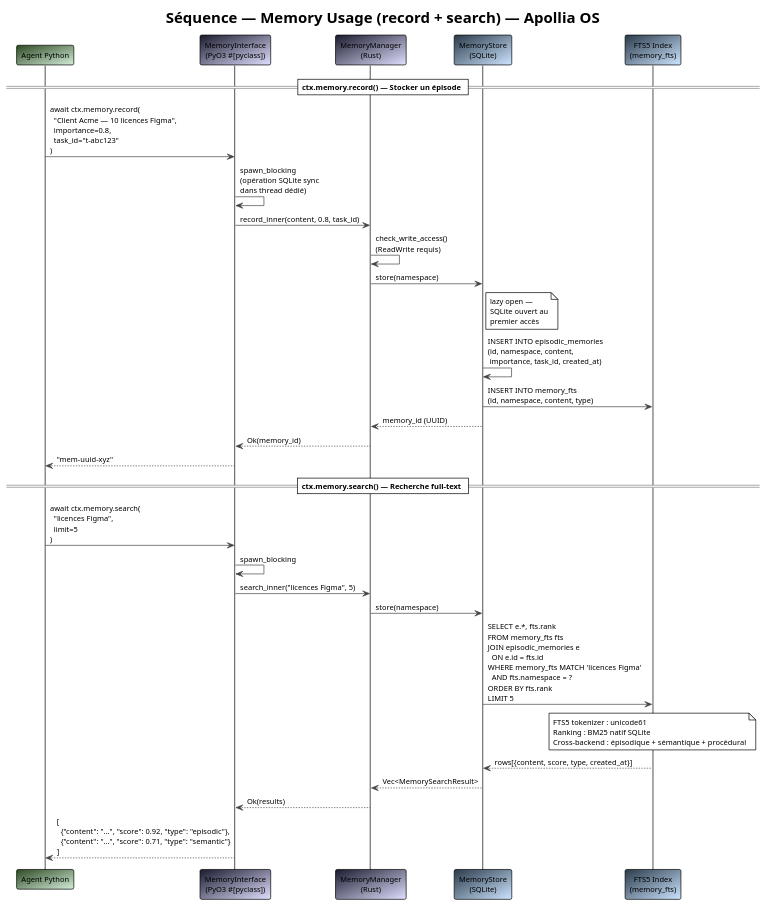
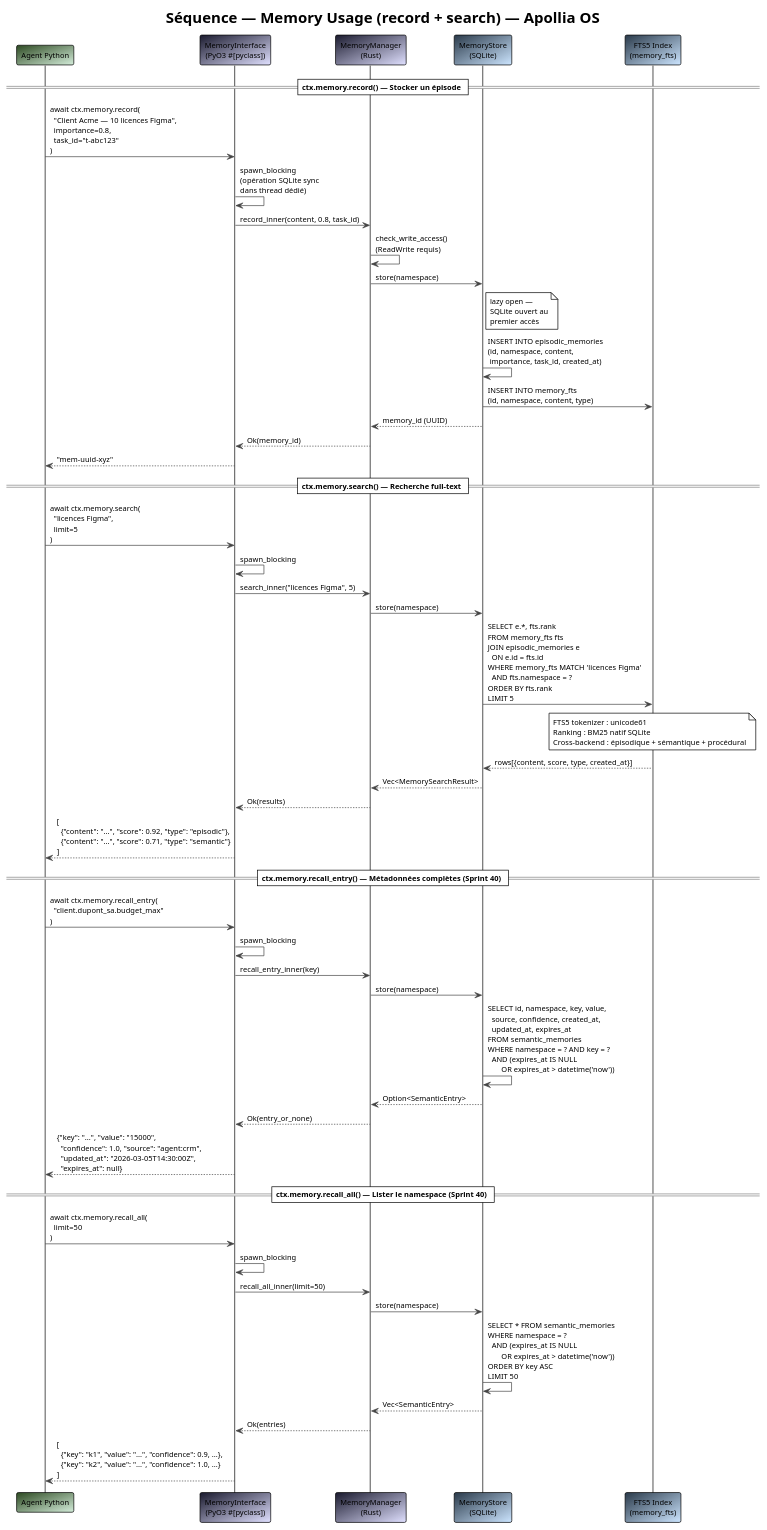
Before and after one commit to nidal-z/apollia-os: the diagram in docs/diagrams/seq-memory-usage.puml, drawn with PlantUML. The commit also changed 22 other files, not shown here.

```diff
--- a/docs/diagrams/seq-memory-usage.puml
+++ b/docs/diagrams/seq-memory-usage.puml
@@ -1,57 +1,87 @@
 @startuml seq-memory-usage
 !theme plain
 skinparam backgroundColor #FFFFFF
 skinparam defaultFontName "JetBrains Mono"
 skinparam defaultFontSize 11
 skinparam ArrowColor #444444
 skinparam BorderColor #444444
 
 title Séquence — Memory Usage (record + search) — Apollia OS
 
 participant "Agent Python" as agent #2d4a22/d4edda
 participant "MemoryInterface\n(PyO3 #[pyclass])" as iface #1a1a2e/e0e0ff
 participant "MemoryManager\n(Rust)" as mgr #1a1a2e/e0e0ff
 participant "MemoryStore\n(SQLite)" as store #2a3a4a/cce5ff
 participant "FTS5 Index\n(memory_fts)" as fts #2a3a4a/cce5ff
 
 == ctx.memory.record() — Stocker un épisode ==
 
 agent -> iface : await ctx.memory.record(\n  "Client Acme — 10 licences Figma",\n  importance=0.8,\n  task_id="t-abc123"\n)
 
 iface -> iface : spawn_blocking\n(opération SQLite sync\ndans thread dédié)
 
 iface -> mgr : record_inner(content, 0.8, task_id)
 mgr -> mgr : check_write_access()\n(ReadWrite requis)
 mgr -> store : store(namespace)
 note right of store : lazy open —\nSQLite ouvert au\npremier accès
 
 store -> store : INSERT INTO episodic_memories\n(id, namespace, content,\n importance, task_id, created_at)
 store -> fts : INSERT INTO memory_fts\n(id, namespace, content, type)
 
 store --> mgr : memory_id (UUID)
 mgr --> iface : Ok(memory_id)
 iface --> agent : "mem-uuid-xyz"
 
 == ctx.memory.search() — Recherche full-text ==
 
 agent -> iface : await ctx.memory.search(\n  "licences Figma",\n  limit=5\n)
 
 iface -> iface : spawn_blocking
 
 iface -> mgr : search_inner("licences Figma", 5)
 mgr -> store : store(namespace)
 
 store -> fts : SELECT e.*, fts.rank\nFROM memory_fts fts\nJOIN episodic_memories e\n  ON e.id = fts.id\nWHERE memory_fts MATCH 'licences Figma'\n  AND fts.namespace = ?\nORDER BY fts.rank\nLIMIT 5
 
 note over fts
   FTS5 tokenizer : unicode61
   Ranking : BM25 natif SQLite
   Cross-backend : épisodique + sémantique + procédural
 end note
 
 fts --> store : rows[{content, score, type, created_at}]
 store --> mgr : Vec<MemorySearchResult>
 mgr --> iface : Ok(results)
 iface --> agent : [\n  {"content": "...", "score": 0.92, "type": "episodic"},\n  {"content": "...", "score": 0.71, "type": "semantic"}\n]
 
+== ctx.memory.recall_entry() — Métadonnées complètes (Sprint 40) ==
+
+agent -> iface : await ctx.memory.recall_entry(\n  "client.dupont_sa.budget_max"\n)
+
+iface -> iface : spawn_blocking
+
+iface -> mgr : recall_entry_inner(key)
+mgr -> store : store(namespace)
+
+store -> store : SELECT id, namespace, key, value,\n  source, confidence, created_at,\n  updated_at, expires_at\nFROM semantic_memories\nWHERE namespace = ? AND key = ?\n  AND (expires_at IS NULL\n       OR expires_at > datetime('now'))
+
+store --> mgr : Option<SemanticEntry>
+mgr --> iface : Ok(entry_or_none)
+iface --> agent : {"key": "...", "value": "15000",\n  "confidence": 1.0, "source": "agent:crm",\n  "updated_at": "2026-03-05T14:30:00Z",\n  "expires_at": null}
+
+== ctx.memory.recall_all() — Lister le namespace (Sprint 40) ==
+
+agent -> iface : await ctx.memory.recall_all(\n  limit=50\n)
+
+iface -> iface : spawn_blocking
+
+iface -> mgr : recall_all_inner(limit=50)
+mgr -> store : store(namespace)
+
+store -> store : SELECT * FROM semantic_memories\nWHERE namespace = ?\n  AND (expires_at IS NULL\n       OR expires_at > datetime('now'))\nORDER BY key ASC\nLIMIT 50
+
+store --> mgr : Vec<SemanticEntry>
+mgr --> iface : Ok(entries)
+iface --> agent : [\n  {"key": "k1", "value": "...", "confidence": 0.9, ...},\n  {"key": "k2", "value": "...", "confidence": 1.0, ...}\n]
+
 @enduml
```
